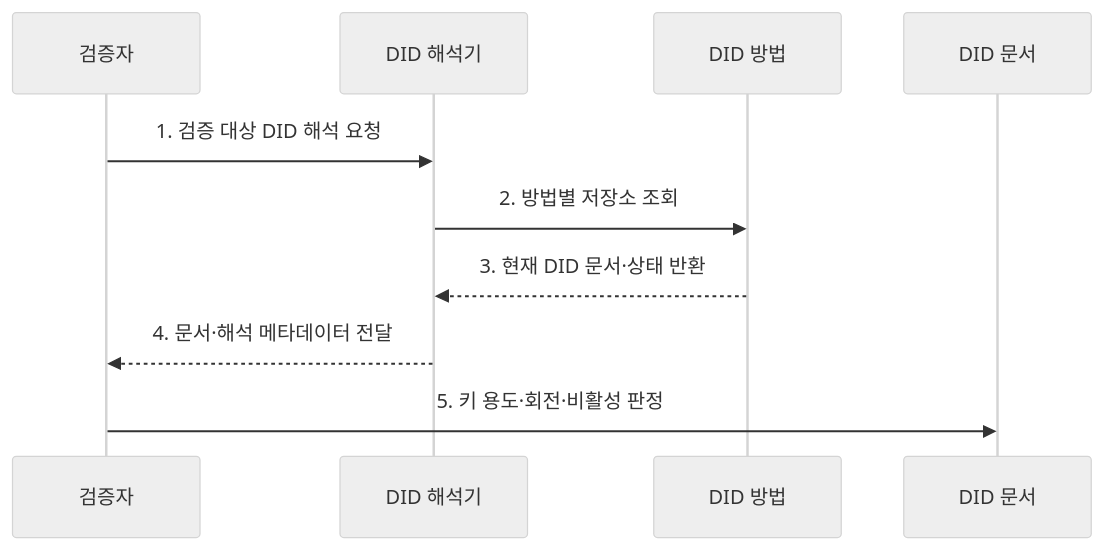
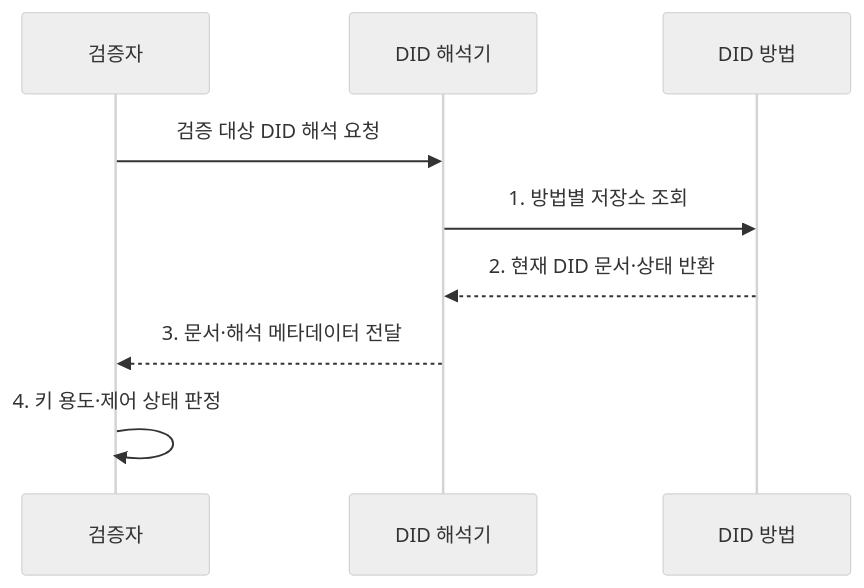
Before and after one commit to agnusdei1207/knowledge-base: the second of 2 diagrams in src/content/docs/notes/05-security/068_w3c_did.md, drawn with Mermaid (neutral theme). The commit also changed other lines of this file and 20 other files, not shown here.

````diff
--- a/src/content/docs/notes/05-security/068_w3c_did.md
+++ b/src/content/docs/notes/05-security/068_w3c_did.md
@@ -87,12 +90,11 @@
 ```mermaid
 sequenceDiagram
     participant V as 검증자
     participant R as DID 해석기
     participant M as DID 방법
-    participant D as DID 문서
-    V->>R: 1. 검증 대상 DID 해석 요청
-    R->>M: 2. 방법별 저장소 조회
-    M-->>R: 3. 현재 DID 문서·상태 반환
-    R-->>V: 4. 문서·해석 메타데이터 전달
-    V->>D: 5. 키 용도·회전·비활성 판정
+    V->>R: 검증 대상 DID 해석 요청
+    R->>M: 1. 방법별 저장소 조회
+    M-->>R: 2. 현재 DID 문서·상태 반환
+    R-->>V: 3. 문서·해석 메타데이터 전달
+    V->>V: 4. 키 용도·제어 상태 판정
 ```
````
